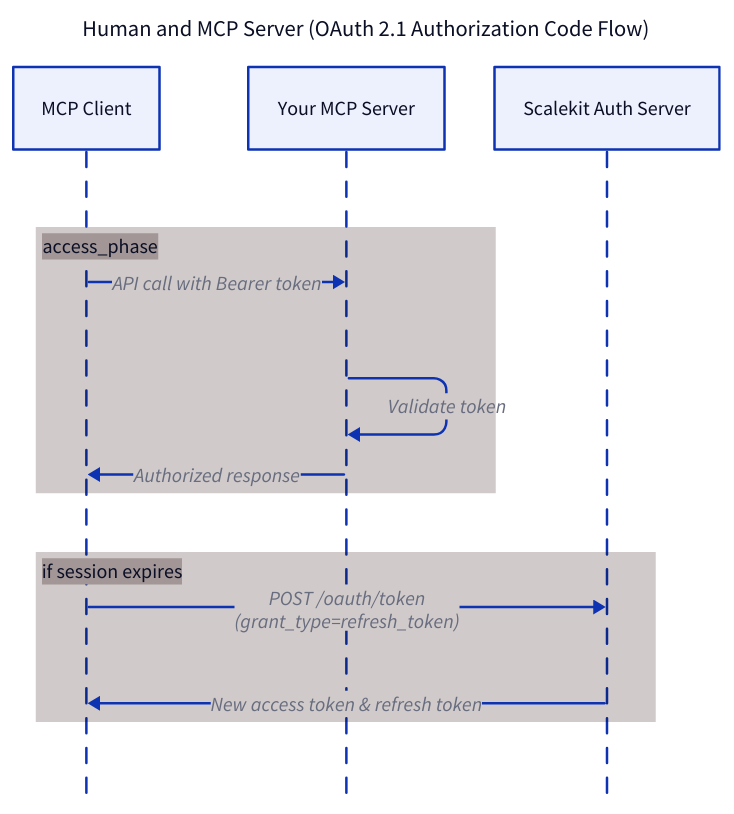
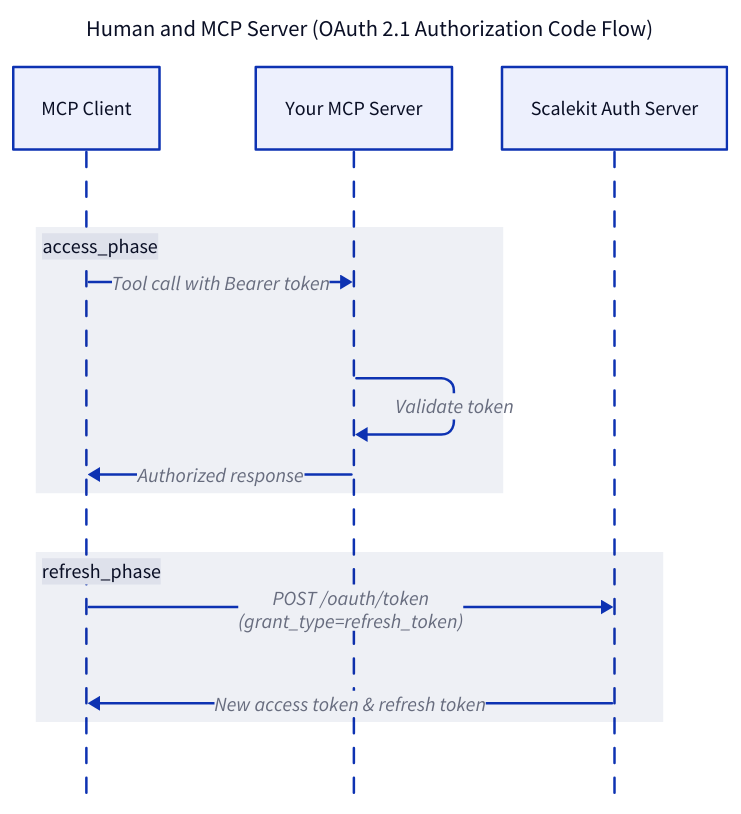
Before and after one commit to scalekit-inc/developer-docs: the fourth of 4 diagrams in src/content/docs/authenticate/mcp/overview.mdx, drawn with D2. The commit also changed other lines of this file and 8 other files, not shown here.

````diff
--- a/src/content/docs/authenticate/mcp/overview.mdx
+++ b/src/content/docs/authenticate/mcp/overview.mdx
@@ -221,31 +172,27 @@
 ```d2 pad=36
 
 title: "Human and MCP Server (OAuth 2.1 Authorization Code Flow)" {
   near: top-center
   shape: text
   style.font-size: 18
 }
 
 shape: sequence_diagram
 
 MCP Client
 Your MCP Server
 Scalekit Auth Server
 
 access_phase: {
-  style.fill: "#a29696"
-  
-  MCP Client -> Your MCP Server: API call with Bearer token
+  MCP Client -> Your MCP Server: Tool call with Bearer token
   Your MCP Server -> Your MCP Server: Validate token
   Your MCP Server -> MCP Client: Authorized response
 }
 
-if session expires: {
-  style.fill: "#a29696"
-  
+refresh_phase: {
   MCP Client -> Scalekit Auth Server: POST /oauth/token\n(grant_type=refresh_token)
   Scalekit Auth Server -> MCP Client: New access token & refresh token
 }
     
   
 ```
````
